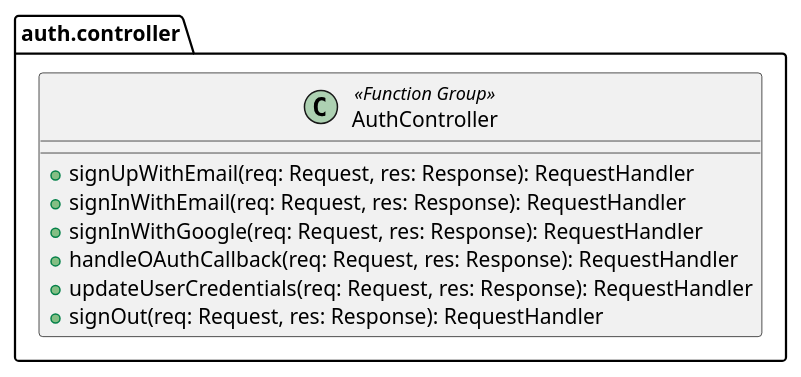
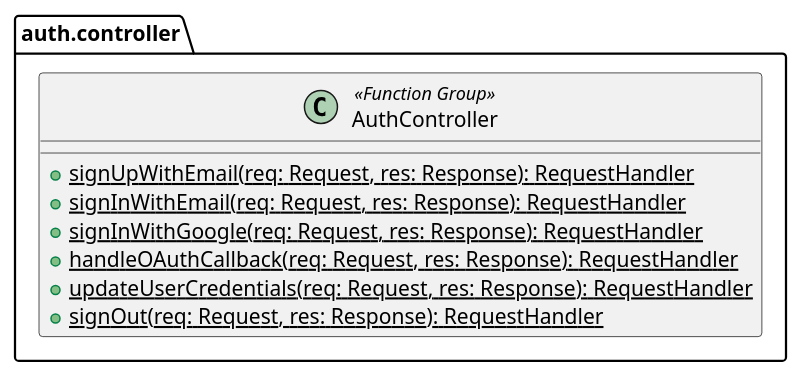
The diagram in diagrams/packages/controllers/auth.puml (MusikStreaming/MusikStreamingBE), drawn with PlantUML before and after one commit. The commit also changed 8 other files, not shown here.

Commit message:
[UPDATE]: Drawing diagrams... Ugh

```diff
--- a/diagrams/packages/controllers/auth.puml
+++ b/diagrams/packages/controllers/auth.puml
@@ -1,15 +1,15 @@
 @startuml
 
 set separator none
 package auth.controller {
     class AuthController <<Function Group>> {
-        + signUpWithEmail(req: Request, res: Response): RequestHandler
-        + signInWithEmail(req: Request, res: Response): RequestHandler
-        + signInWithGoogle(req: Request, res: Response): RequestHandler
-        + handleOAuthCallback(req: Request, res: Response): RequestHandler
-        + updateUserCredentials(req: Request, res: Response): RequestHandler
-        + signOut(req: Request, res: Response): RequestHandler
+        + {static} signUpWithEmail(req: Request, res: Response): RequestHandler
+        + {static} signInWithEmail(req: Request, res: Response): RequestHandler
+        + {static} signInWithGoogle(req: Request, res: Response): RequestHandler
+        + {static} handleOAuthCallback(req: Request, res: Response): RequestHandler
+        + {static} updateUserCredentials(req: Request, res: Response): RequestHandler
+        + {static} signOut(req: Request, res: Response): RequestHandler
     }
 }
 
 @enduml
```
